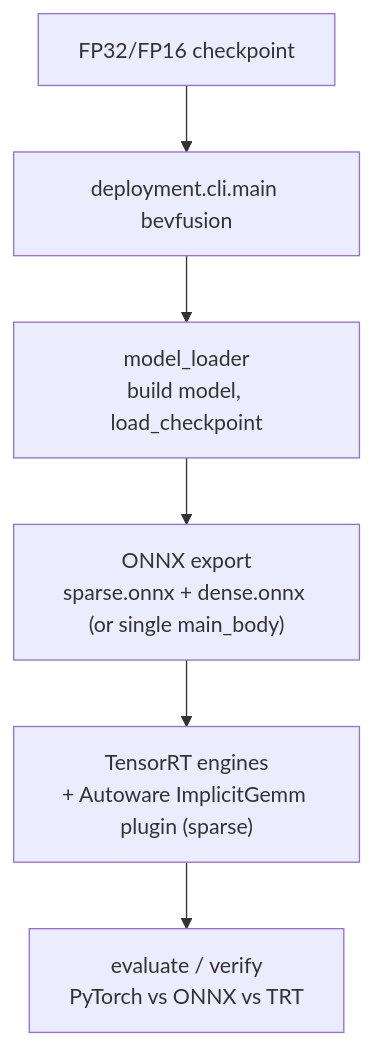
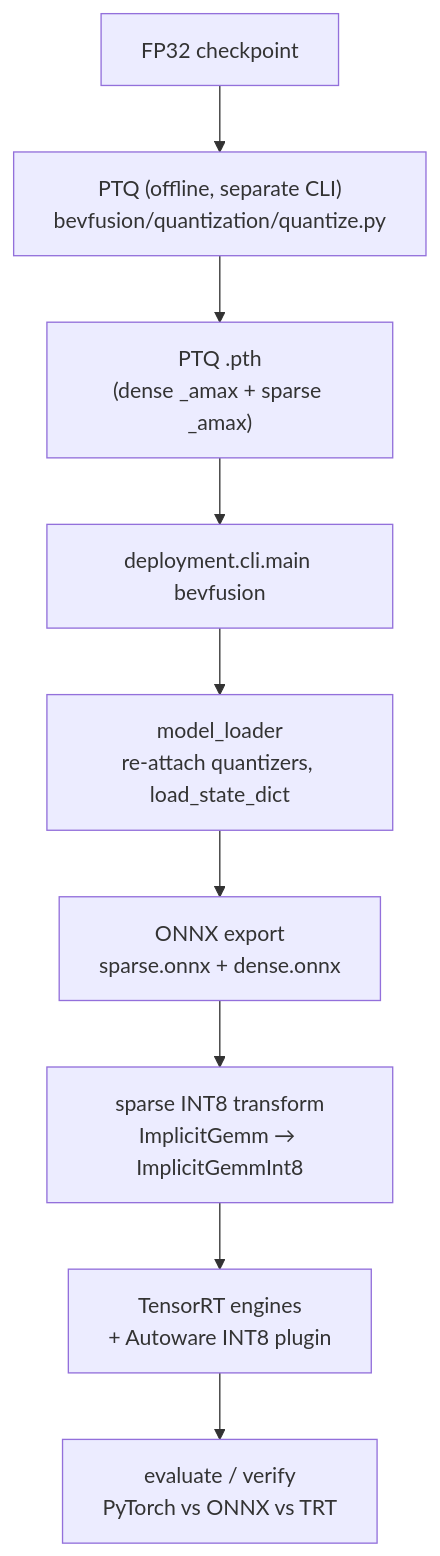
The diagram in deployment/projects/bevfusion/README.md (vividf/AWML), drawn with Mermaid before and after one commit. The commit also changed other lines of this file and 132 other files, not shown here.

First line of the commit message:
feat(quantization): add BEVFusion + CenterPoint quantization on top of deployment

````diff
--- a/deployment/projects/bevfusion/README.md
+++ b/deployment/projects/bevfusion/README.md
@@ -14,8 +33,11 @@
 ```mermaid
 flowchart TD
-    ckpt["FP32/FP16 checkpoint"] --> run["deployment.cli.main bevfusion"]
-    run --> load["model_loader<br/>build model, load_checkpoint"]
-    load --> onnx["ONNX export<br/>sparse.onnx + dense.onnx (or single main_body)"]
-    onnx --> trt["TensorRT engines<br/>+ Autoware ImplicitGemm plugin (sparse)"]
+    ckpt["FP32 checkpoint"] --> ptq["PTQ (offline, separate CLI)<br/>bevfusion/quantization/quantize.py"]
+    ptq --> ptqpth["PTQ .pth<br/>(dense _amax + sparse _amax)"]
+    ptqpth --> run["deployment.cli.main bevfusion"]
+    run --> load["model_loader<br/>re-attach quantizers, load_state_dict"]
+    load --> onnx["ONNX export<br/>sparse.onnx + dense.onnx"]
+    onnx --> xform["sparse INT8 transform<br/>ImplicitGemm → ImplicitGemmInt8"]
+    xform --> trt["TensorRT engines<br/>+ Autoware INT8 plugin"]
     trt --> eval["evaluate / verify<br/>PyTorch vs ONNX vs TRT"]
 ```
````
